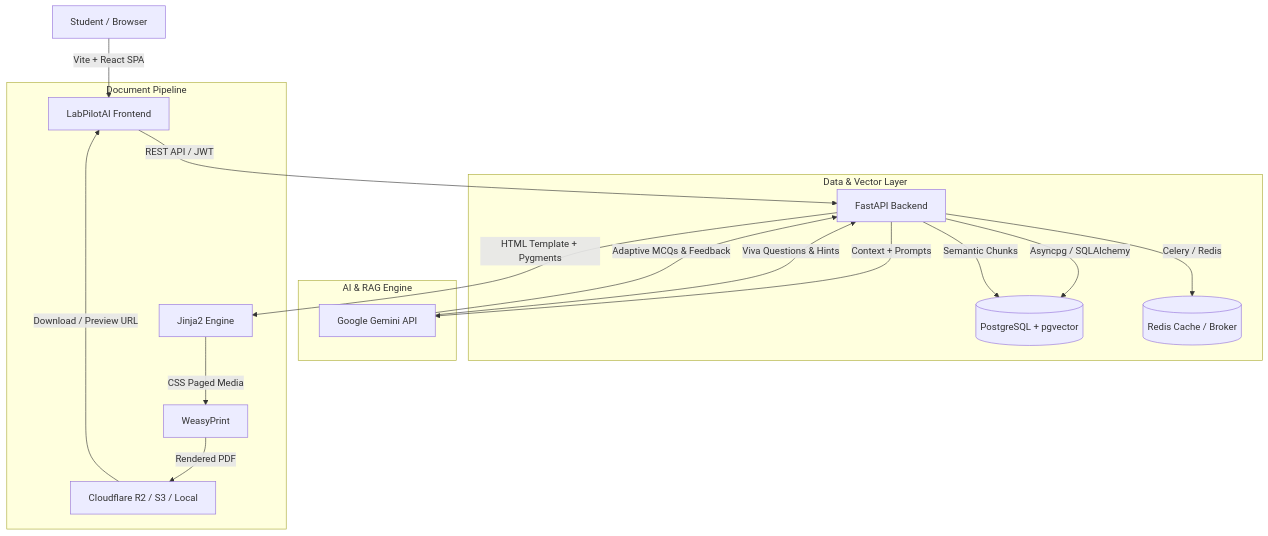
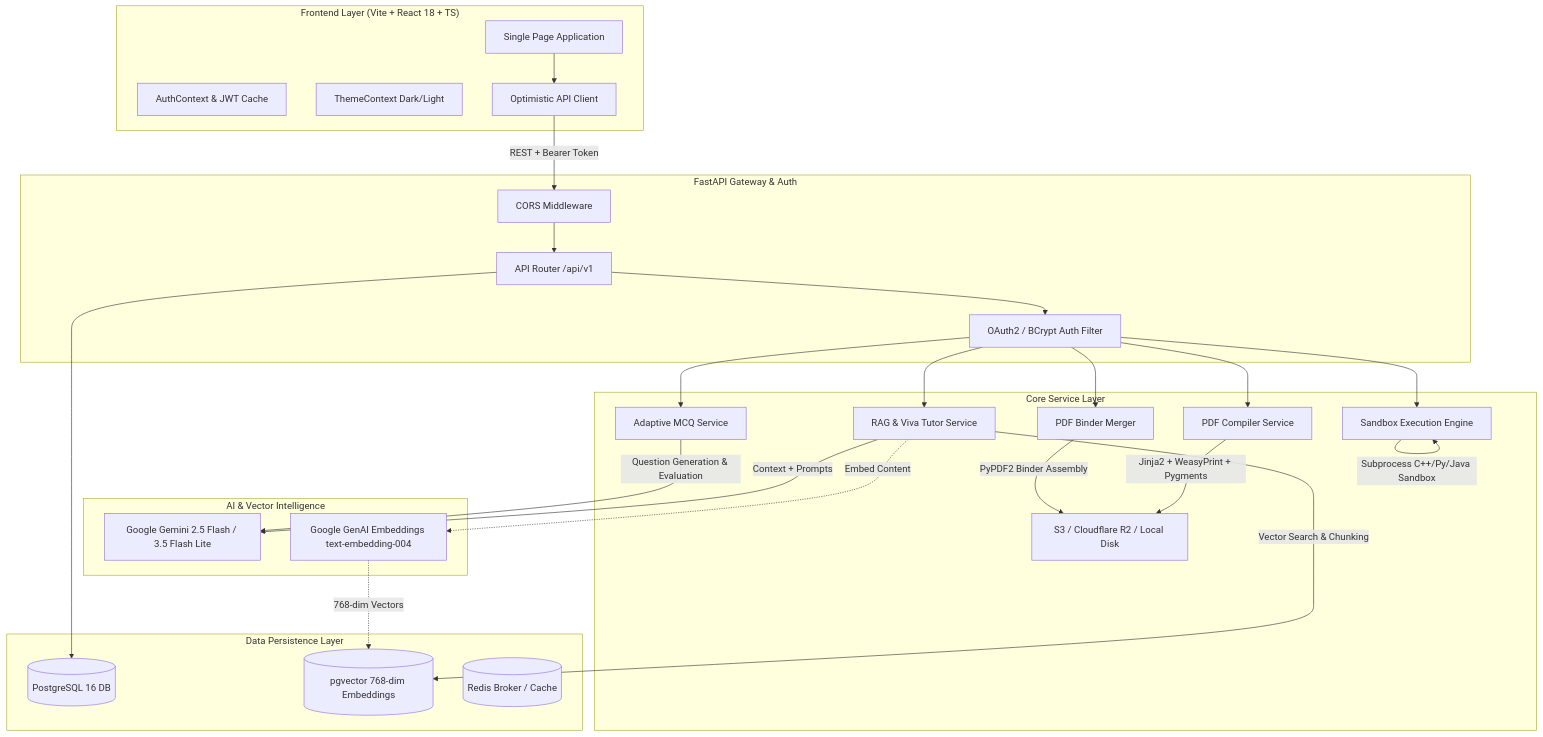
One commit to Plash-Sharma/LabPilotAI changed the diagram in README.md. Above: the diagram before and after it, drawn with Mermaid. The commit also changed other lines of this file, not shown here.

Commit message:
docs: enrich README with complete repo analysis, schema models, API routes, and architecture flow

````diff
--- a/README.md
+++ b/README.md
@@ -111,24 +71,57 @@
 ```mermaid
-graph TD
-    A[Student / Browser] -->|Vite + React SPA| B[LabPilotAI Frontend]
-    B -->|REST API / JWT| C[FastAPI Backend]
-    
-    subgraph "Data & Vector Layer"
-        C -->|Asyncpg / SQLAlchemy| D[(PostgreSQL + pgvector)]
-        C -->|Celery / Redis| E[(Redis Cache / Broker)]
+flowchart TD
+    subgraph Client ["Frontend Layer (Vite + React 18 + TS)"]
+        UI[Single Page Application]
+        AuthCtx[AuthContext & JWT Cache]
+        ThemeCtx[ThemeContext Dark/Light]
+        ClientAPI[Optimistic API Client]
     end
 
-    subgraph "AI & RAG Engine"
-        C -->|Semantic Chunks| D
-        C -->|Context + Prompts| F[Google Gemini API]
-        F -->|Viva Questions & Hints| C
-        F -->|Adaptive MCQs & Feedback| C
+    subgraph Gateway ["FastAPI Gateway & Auth"]
+        Router[API Router /api/v1]
+        JWTAuth[OAuth2 / BCrypt Auth Filter]
+        CORS[CORS Middleware]
     end
 
-    subgraph "Document Pipeline"
-        C -->|HTML Template + Pygments| G[Jinja2 Engine]
-        G -->|CSS Paged Media| H[WeasyPrint]
-        H -->|Rendered PDF| I[Cloudflare R2 / S3 / Local]
-        I -->|Download / Preview URL| B
+    subgraph Processing ["Core Service Layer"]
+        PDFServ[PDF Compiler Service]
+        ExecServ[Sandbox Execution Engine]
+        RAGServ[RAG & Viva Tutor Service]
+        MCQServ[Adaptive MCQ Service]
+        MergeServ[PDF Binder Merger]
+        StorageServ[S3 / Cloudflare R2 / Local Disk]
     end
+
+    subgraph AI ["AI & Vector Intelligence"]
+        GeminiLLM[Google Gemini 2.5 Flash / 3.5 Flash Lite]
+        GeminiEmbed[Google GenAI Embeddings text-embedding-004]
+    end
+
+    subgraph Data ["Data Persistence Layer"]
+        Postgres[(PostgreSQL 16 DB)]
+        PGVector[(pgvector 768-dim Embeddings)]
+        RedisCache[(Redis Broker / Cache)]
+    end
+
+    UI --> ClientAPI
+    ClientAPI -->|REST + Bearer Token| CORS
+    CORS --> Router
+    Router --> JWTAuth
+
+    JWTAuth --> PDFServ
+    JWTAuth --> ExecServ
+    JWTAuth --> RAGServ
+    JWTAuth --> MCQServ
+    JWTAuth --> MergeServ
+
+    PDFServ -->|Jinja2 + WeasyPrint + Pygments| StorageServ
+    ExecServ -->|Subprocess C++/Py/Java Sandbox| ExecServ
+    RAGServ -->|Vector Search & Chunking| PGVector
+    RAGServ -->|Context + Prompts| GeminiLLM
+    MCQServ -->|Question Generation & Evaluation| GeminiLLM
+    MergeServ -->|PyPDF2 Binder Assembly| StorageServ
+
+    RAGServ -.->|Embed Content| GeminiEmbed
+    GeminiEmbed -.->|768-dim Vectors| PGVector
+    Router --> Postgres
 ```
````
